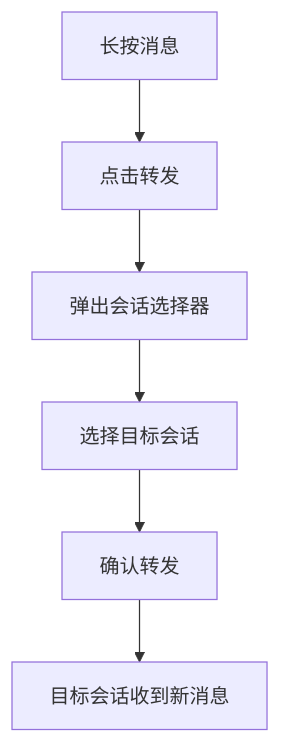
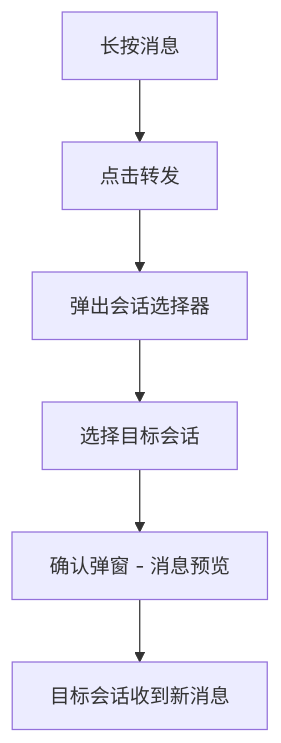
The first of 3 diagrams in docs/features/im/operation/v0.0.2/analysis.md (toly1994328/flash_im_by_ai), drawn with Mermaid before and after one commit. The commit also changed other lines of this file and 15 other files, not shown here.

````diff
--- a/docs/features/im/operation/v0.0.2/analysis.md
+++ b/docs/features/im/operation/v0.0.2/analysis.md
@@ -28,8 +26,8 @@
 ```mermaid
 flowchart TD
     A[长按消息] --> B[点击转发]
     B --> C[弹出会话选择器]
     C --> D[选择目标会话]
-    D --> E[确认转发]
+    D --> E[确认弹窗 - 消息预览]
     E --> F[目标会话收到新消息]
 ```
````
